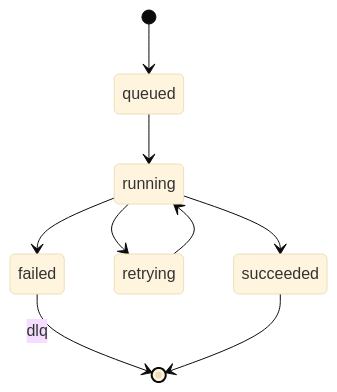
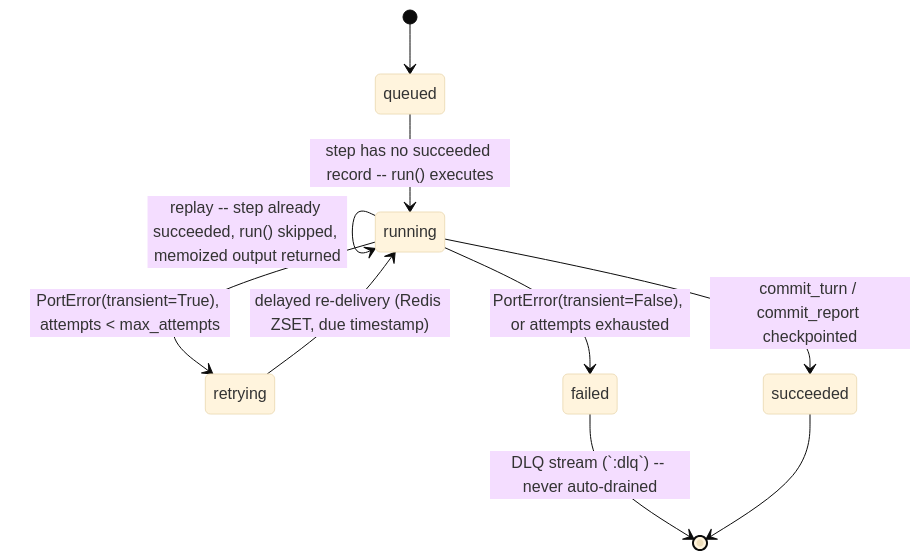
The first of 3 diagrams in ARCHITECTURE.md (EvertonTomalok/the-interviewer), drawn with Mermaid (base theme) before and after one commit. The commit also changed other lines of this file and 12 other files, not shown here.

First line of the commit message:
docs: diagrams, port catalogue, ADRs and CONTEXT.md drift against the code as built (T10)

````diff
--- a/ARCHITECTURE.md
+++ b/ARCHITECTURE.md
@@ -41,11 +67,12 @@
 ```mermaid
 stateDiagram-v2
     [*] --> queued
-    queued --> running
-    running --> succeeded
-    running --> retrying
-    retrying --> running
-    running --> failed
-    failed --> [*]: dlq
+    queued --> running: step has no succeeded record -- run() executes
+    running --> running: replay -- step already succeeded, run() skipped, memoized output returned
+    running --> succeeded: commit_turn / commit_report checkpointed
+    running --> retrying: PortError(transient=True), attempts < max_attempts
+    retrying --> running: delayed re-delivery (Redis ZSET, due timestamp)
+    running --> failed: PortError(transient=False), or attempts exhausted
+    failed --> [*]: DLQ stream (`<workflow>:dlq`) -- never auto-drained
     succeeded --> [*]
 ```
````
